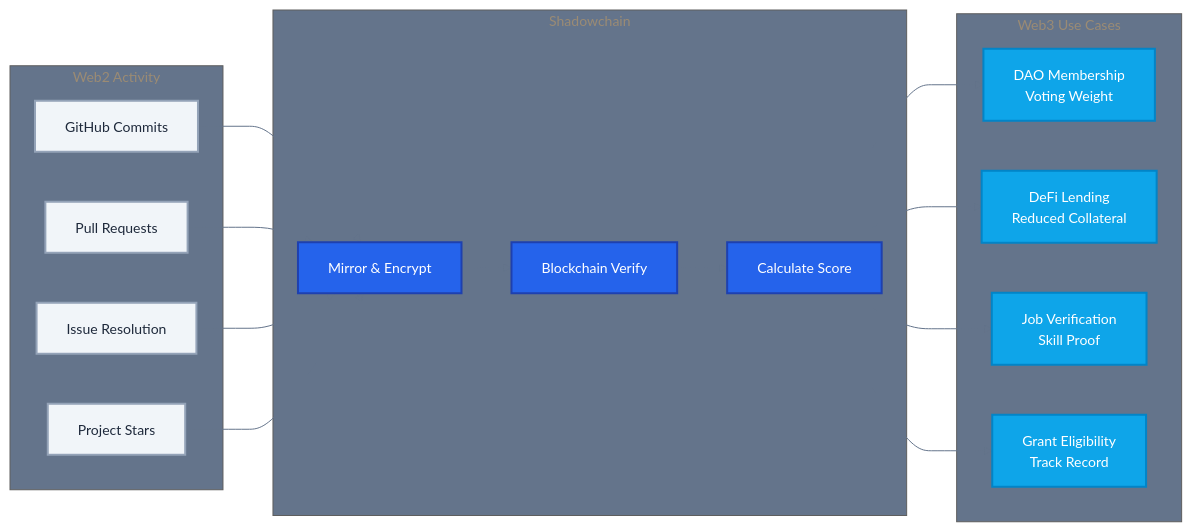
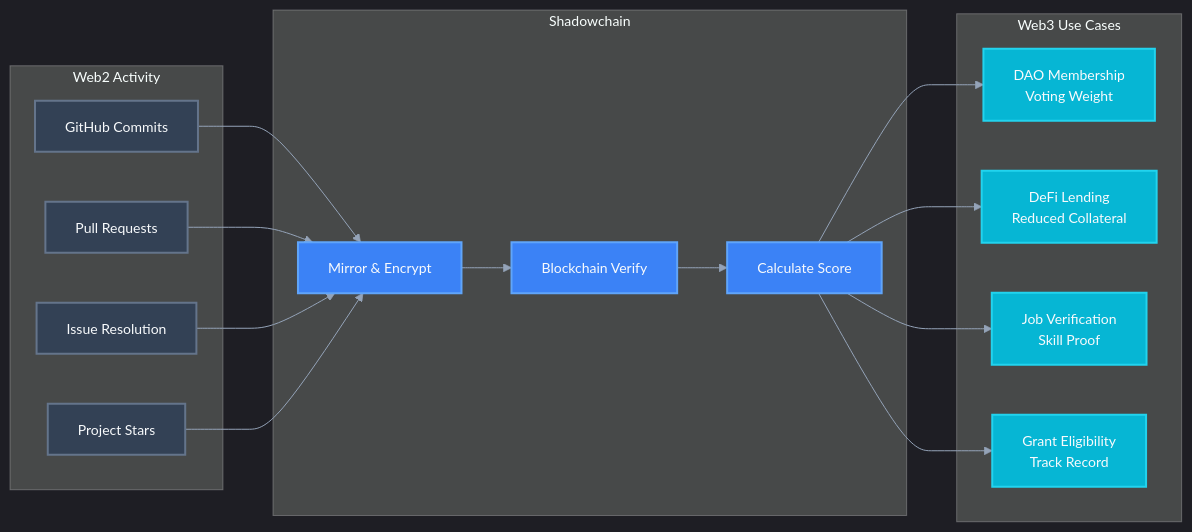
One commit to tufstraka/shadowchain changed the fourth of 4 diagrams in README.md. Above: the diagram before and after it, drawn with Mermaid. The commit also changed other lines of this file, not shown here.

Commit message:
Switch to dark theme for better contrast in both modes

````diff
--- a/README.md
+++ b/README.md
@@ -417,44 +415,44 @@
 ```mermaid
-%%{init: {'theme':'base', 'themeVariables': { 'primaryColor':'#2563eb','primaryTextColor':'#fff','primaryBorderColor':'#1e40af','lineColor':'#64748b','secondaryColor':'#0ea5e9','tertiaryColor':'#64748b','fontSize':'14px'}}}%%
+%%{init: {'theme':'dark', 'themeVariables': { 'primaryColor':'#3b82f6','primaryTextColor':'#f8fafc','primaryBorderColor':'#60a5fa','lineColor':'#94a3b8','secondaryColor':'#06b6d4','tertiaryColor':'#8b5cf6','fontSize':'14px','fontFamily':'ui-sans-serif, system-ui, sans-serif'}}}%%
 graph LR
     subgraph web2["Web2 Activity"]
         commits[GitHub Commits]
         prs[Pull Requests]
         issues[Issue Resolution]
         stars[Project Stars]
     end
     
     subgraph shadow["Shadowchain"]
         mirror[Mirror & Encrypt]
         verify[Blockchain Verify]
         score[Calculate Score]
     end
     
     subgraph web3["Web3 Use Cases"]
         dao[DAO Membership<br/>Voting Weight]
         defi[DeFi Lending<br/>Reduced Collateral]
         jobs[Job Verification<br/>Skill Proof]
         grants[Grant Eligibility<br/>Track Record]
     end
     
     commits --> mirror
     prs --> mirror
     issues --> mirror
     stars --> mirror
     
     mirror --> verify
     verify --> score
     
     score --> dao
     score --> defi
     score --> jobs
     score --> grants
     
-    classDef web2Style fill:#f1f5f9,stroke:#94a3b8,color:#1e293b,stroke-width:2px
-    classDef shadowStyle fill:#2563eb,stroke:#1e40af,color:#fff,stroke-width:2px
-    classDef web3Style fill:#0ea5e9,stroke:#0284c7,color:#fff,stroke-width:2px
+    classDef web2Style fill:#334155,stroke:#64748b,color:#f8fafc,stroke-width:2px
+    classDef shadowStyle fill:#3b82f6,stroke:#60a5fa,color:#f8fafc,stroke-width:2px
+    classDef web3Style fill:#06b6d4,stroke:#22d3ee,color:#f8fafc,stroke-width:2px
     
     class commits,prs,issues,stars web2Style
     class mirror,verify,score shadowStyle
     class dao,defi,jobs,grants web3Style
 ```
````
